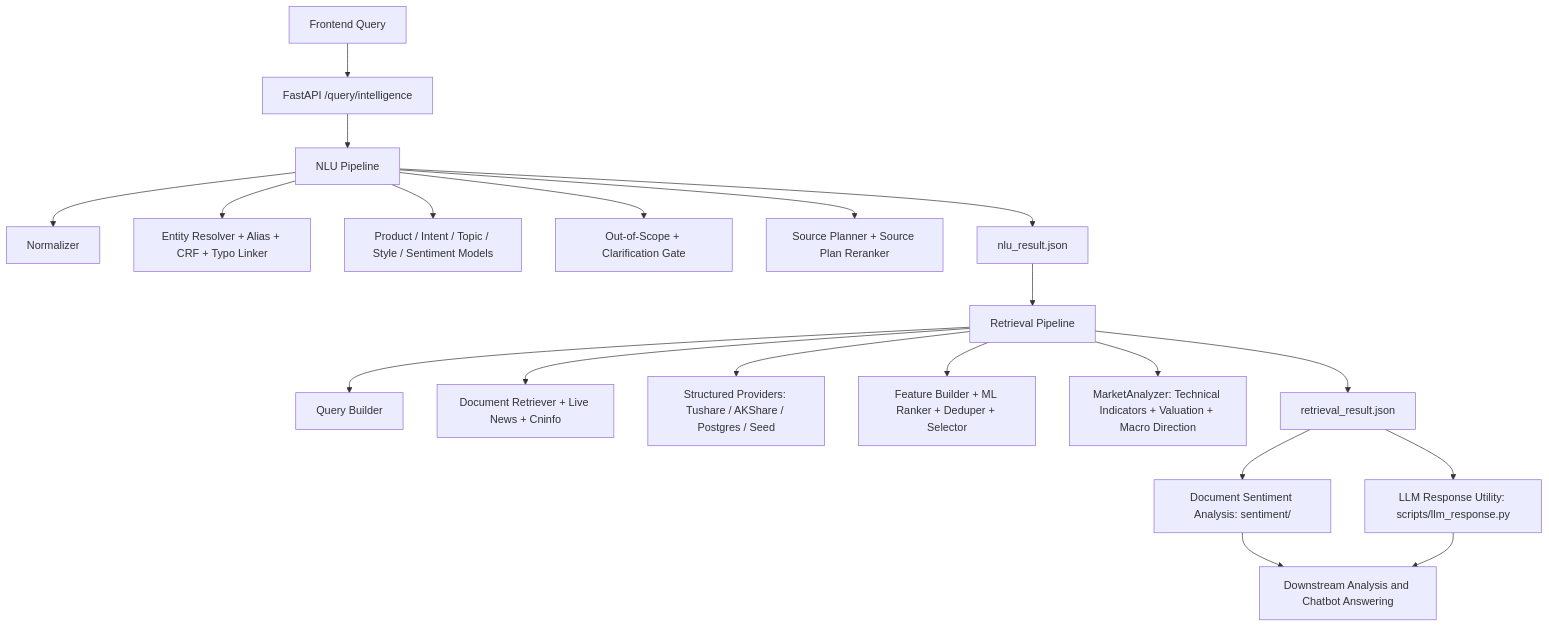
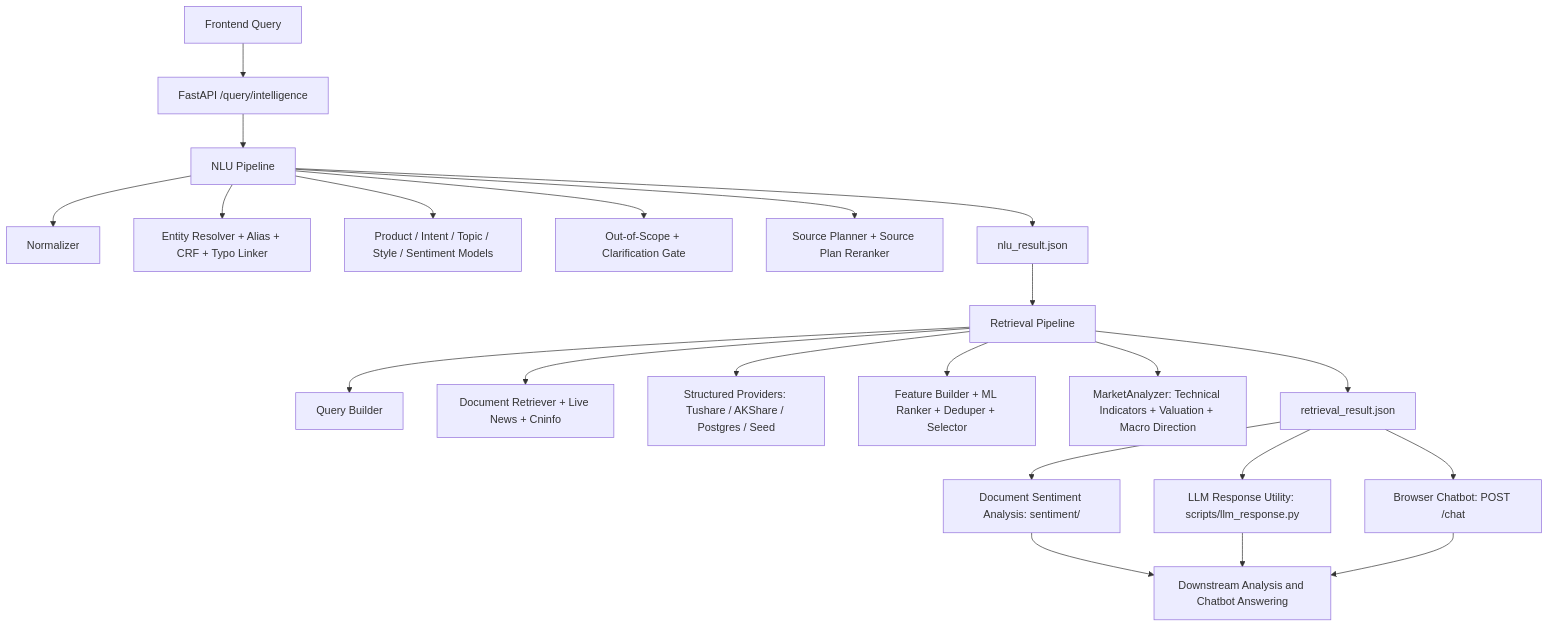
The first of 2 diagrams in README.md (OldLigant/ARIN7102), drawn with Mermaid before and after one commit. The commit also changed other lines of this file and 18 other files, not shown here.

````diff
--- a/README.md
+++ b/README.md
@@ -399,22 +427,24 @@
 ```mermaid
 flowchart TD
   A["Frontend Query"] --> B["FastAPI /query/intelligence"]
   B --> C["NLU Pipeline"]
   C --> C1["Normalizer"]
   C --> C2["Entity Resolver + Alias + CRF + Typo Linker"]
   C --> C3["Product / Intent / Topic / Style / Sentiment Models"]
   C --> C4["Out-of-Scope + Clarification Gate"]
   C --> C5["Source Planner + Source Plan Reranker"]
   C --> D["nlu_result.json"]
   D --> E["Retrieval Pipeline"]
   E --> E1["Query Builder"]
   E --> E2["Document Retriever + Live News + Cninfo"]
   E --> E3["Structured Providers: Tushare / AKShare / Postgres / Seed"]
   E --> E4["Feature Builder + ML Ranker + Deduper + Selector"]
   E --> E5["MarketAnalyzer: Technical Indicators + Valuation + Macro Direction"]
   E --> F["retrieval_result.json"]
   F --> G["Document Sentiment Analysis: sentiment/"]
   F --> H["LLM Response Utility: scripts/llm_response.py"]
+  F --> J["Browser Chatbot: POST /chat"]
   G --> I["Downstream Analysis and Chatbot Answering"]
   H --> I
+  J --> I
 ```
````
